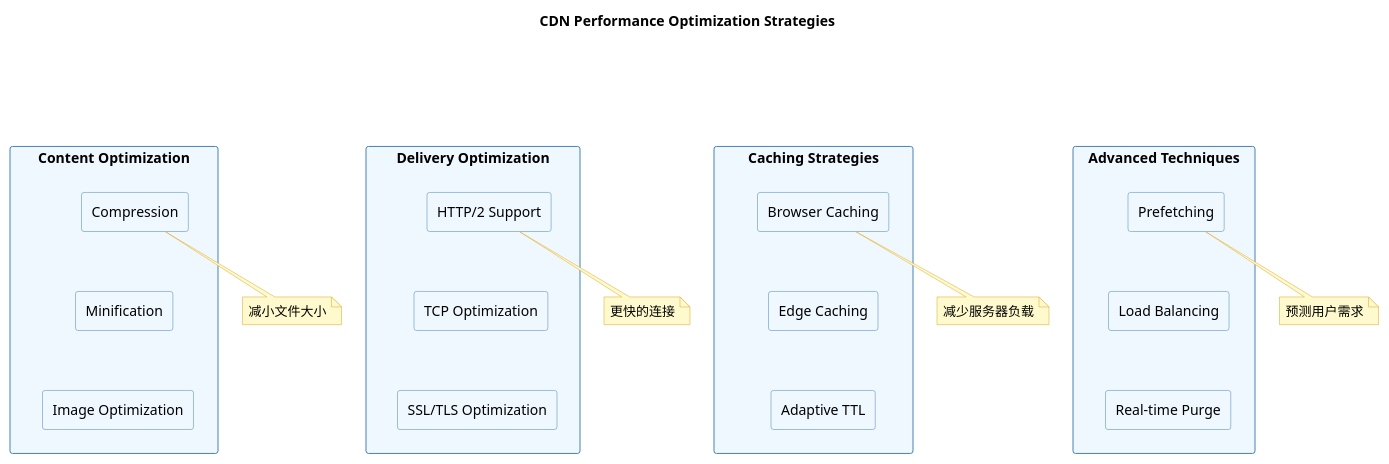
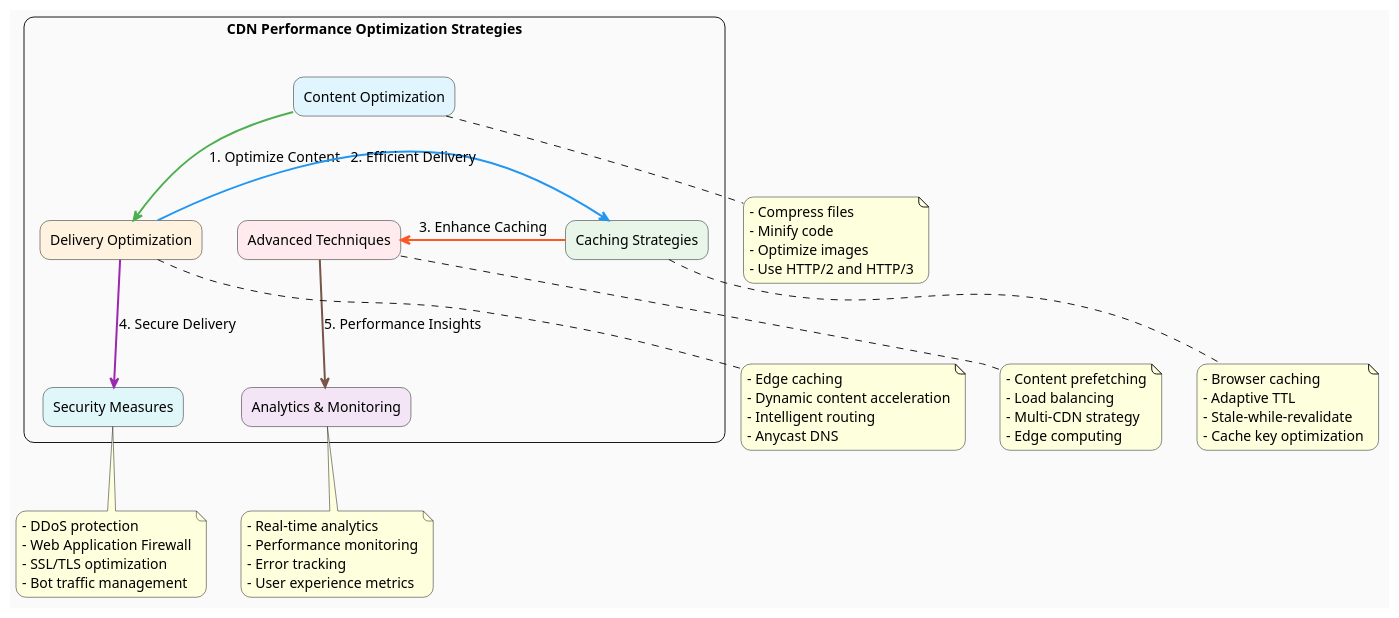
One commit to huangyingw/system_design changed the diagram in cdn/cdn_performance_optimization_strategies.puml. Above: the diagram before and after it, drawn with PlantUML.

```diff
--- a/cdn/cdn_performance_optimization_strategies.puml
+++ b/cdn/cdn_performance_optimization_strategies.puml
@@ -1,63 +1,69 @@
 @startuml CDN Performance Optimization Strategies
 
 skinparam {
-    BackgroundColor #FFFFFF
-    FontName Arial
-    FontSize 14
-    FontColor #333333
-    ArrowColor #666666
-    BorderColor #999999
-    RectangleBackgroundColor #F0F8FF
-    RectangleBorderColor #4682B4
-    NoteBorderColor #DAA520
-    NoteBackgroundColor #FFFACD
+    backgroundColor #FAFAFA
+    handwritten false
+    defaultFontName Arial
+    defaultFontSize 14
+    roundcorner 20
+    shadowing false
 }
 
-title CDN Performance Optimization Strategies\n
-
-rectangle "Content Optimization" {
-    rectangle "Compression" as compress
-    rectangle "Minification" as minify
-    rectangle "Image Optimization" as imgopt
+rectangle "CDN Performance Optimization Strategies" as CDN {
+    rectangle "Content Optimization" as ContentOpt #E1F5FE
+    rectangle "Delivery Optimization" as DeliveryOpt #FFF3E0
+    rectangle "Caching Strategies" as CacheStrat #E8F5E9
+    rectangle "Advanced Techniques" as AdvTech #FFEBEE
+    rectangle "Security Measures" as Security #E0F7FA
+    rectangle "Analytics & Monitoring" as Analytics #F3E5F5
 }
 
-rectangle "Delivery Optimization" {
-    rectangle "HTTP/2 Support" as http2
-    rectangle "TCP Optimization" as tcpopt
-    rectangle "SSL/TLS Optimization" as sslopt
-}
+ContentOpt -[#4CAF50,thickness=2]down-> DeliveryOpt : 1. Optimize Content
+DeliveryOpt -[#2196F3,thickness=2]right-> CacheStrat : 2. Efficient Delivery
+CacheStrat -[#FF5722,thickness=2]right-> AdvTech : 3. Enhance Caching
+DeliveryOpt -[#9C27B0,thickness=2]down-> Security : 4. Secure Delivery
+AdvTech -[#795548,thickness=2]down-> Analytics : 5. Performance Insights
 
-rectangle "Caching Strategies" {
-    rectangle "Browser Caching" as browsercache
-    rectangle "Edge Caching" as edgecache
-    rectangle "Adaptive TTL" as adaptivettl
-}
+note bottom of ContentOpt
+  - Compress files
+  - Minify code
+  - Optimize images
+  - Use HTTP/2 and HTTP/3
+end note
 
-rectangle "Advanced Techniques" {
-    rectangle "Prefetching" as prefetch
-    rectangle "Load Balancing" as loadbalance
-    rectangle "Real-time Purge" as purge
-}
+note bottom of DeliveryOpt
+  - Edge caching
+  - Dynamic content acceleration
+  - Intelligent routing
+  - Anycast DNS
+end note
 
-compress -[hidden]down- minify
-minify -[hidden]down- imgopt
+note bottom of CacheStrat
+  - Browser caching
+  - Adaptive TTL
+  - Stale-while-revalidate
+  - Cache key optimization
+end note
 
-http2 -[hidden]down- tcpopt
-tcpopt -[hidden]down- sslopt
+note bottom of AdvTech
+  - Content prefetching
+  - Load balancing
+  - Multi-CDN strategy
+  - Edge computing
+end note
 
-browsercache -[hidden]down- edgecache
-edgecache -[hidden]down- adaptivettl
+note bottom of Security
+  - DDoS protection
+  - Web Application Firewall
+  - SSL/TLS optimization
+  - Bot traffic management
+end note
 
-prefetch -[hidden]down- loadbalance
-loadbalance -[hidden]down- purge
-
-"Content Optimization" -[hidden]right- "Delivery Optimization"
-"Delivery Optimization" -[hidden]right- "Caching Strategies"
-"Caching Strategies" -[hidden]right- "Advanced Techniques"
-
-note bottom of compress : 减小文件大小
-note bottom of http2 : 更快的连接
-note bottom of browsercache : 减少服务器负载
-note bottom of prefetch : 预测用户需求
+note bottom of Analytics
+  - Real-time analytics
+  - Performance monitoring
+  - Error tracking
+  - User experience metrics
+end note
 
 @enduml
```
